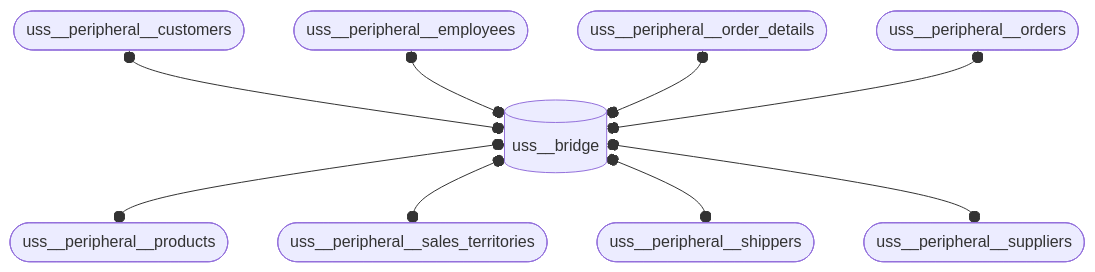
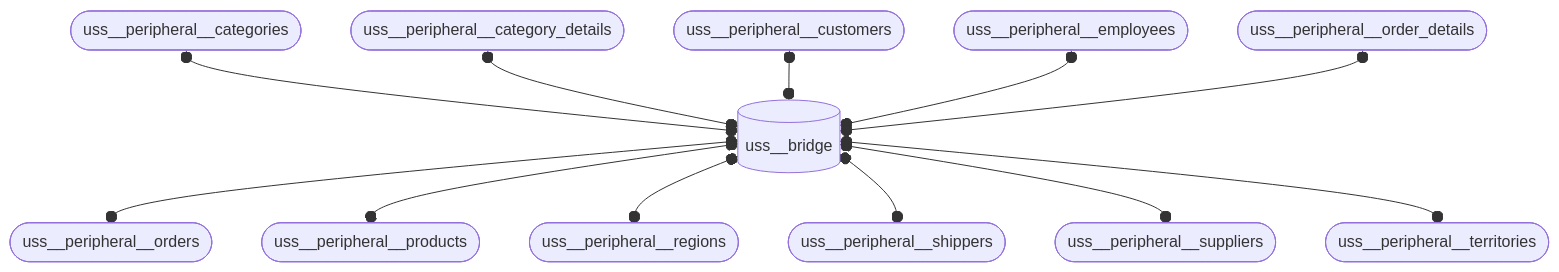
Before and after one commit to mattiasthalen/obsidian-insights: the fourth of 4 diagrams in README.md, drawn with Mermaid.

Commit message:
Update USS ERD

````diff
--- a/README.md
+++ b/README.md
@@ -130,23 +130,29 @@
 ```mermaid
 flowchart TD
     uss__bridge[("uss__bridge")]
 
+    uss__peripheral__categories(["uss__peripheral__categories"])
+    uss__peripheral__category_details(["uss__peripheral__category_details"])
     uss__peripheral__customers(["uss__peripheral__customers"])
     uss__peripheral__employees(["uss__peripheral__employees"])
     uss__peripheral__order_details(["uss__peripheral__order_details"])
     uss__peripheral__orders(["uss__peripheral__orders"])
-    uss__peripheral__products(["uss__peripheral__products "])
-    uss__peripheral__sales_territories(["uss__peripheral__sales_territories"])
+    uss__peripheral__products(["uss__peripheral__products"])
+    uss__peripheral__regions(["uss__peripheral__regions"])
     uss__peripheral__shippers(["uss__peripheral__shippers"])
     uss__peripheral__suppliers(["uss__peripheral__suppliers"])
+    uss__peripheral__territories(["uss__peripheral__territories"])
 
+    uss__peripheral__categories o--o uss__bridge
+    uss__peripheral__category_details o--o uss__bridge
     uss__peripheral__customers o--o uss__bridge
     uss__peripheral__employees o--o uss__bridge
     uss__peripheral__order_details o--o uss__bridge
-    uss__peripheral__orders o--o uss__bridge
-
+    
+    uss__bridge o--o uss__peripheral__orders
     uss__bridge o--o uss__peripheral__products
-    uss__bridge o--o uss__peripheral__sales_territories
+    uss__bridge o--o uss__peripheral__regions
     uss__bridge o--o uss__peripheral__shippers
     uss__bridge o--o uss__peripheral__suppliers
+    uss__bridge o--o uss__peripheral__territories
 ```
````
